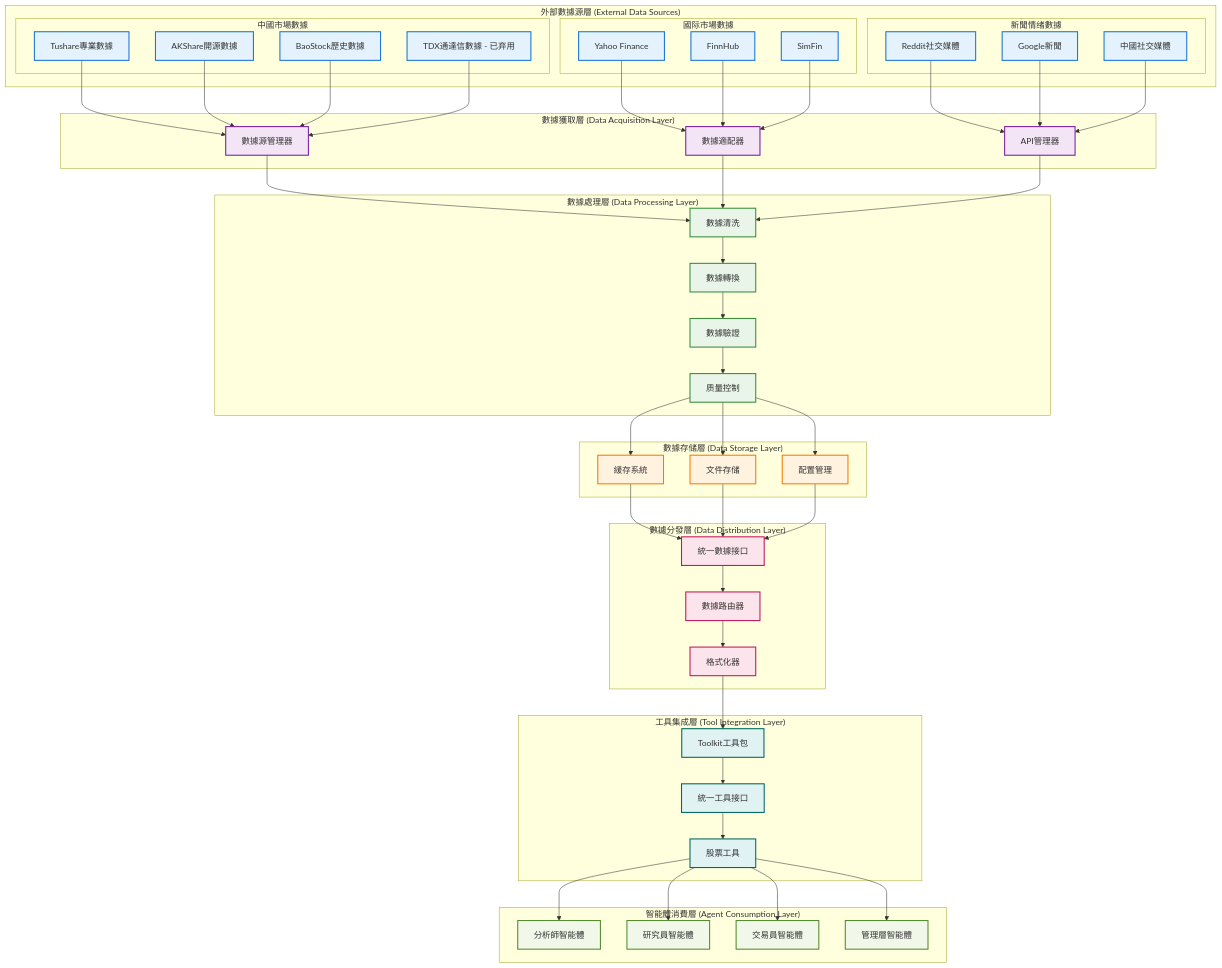
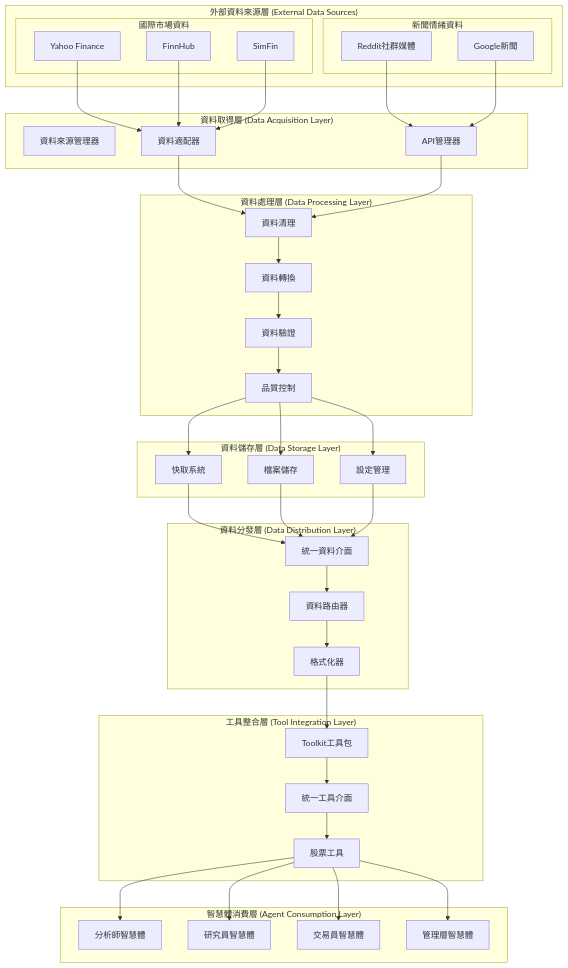
Before and after one commit to aiinpocket/TradingAgents-CN: the first of 2 diagrams in docs/architecture/v0.1.13/data-flow-architecture.md, drawn with Mermaid. The commit also changed other lines of this file and 277 other files, not shown here.

````diff
--- a/docs/architecture/v0.1.13/data-flow-architecture.md
+++ b/docs/architecture/v0.1.13/data-flow-architecture.md
@@ -11,118 +11,87 @@
 ```mermaid
 graph TB
-    subgraph "外部數據源層 (External Data Sources)"
-        subgraph "中國市場數據"
-            TUSHARE[Tushare專業數據]
-            AKSHARE[AKShare開源數據]
-            BAOSTOCK[BaoStock歷史數據]
-            TDX[TDX通達信數據 - 已弃用]
-        end
-        
-        subgraph "國际市場數據"
+    subgraph "外部資料來源層 (External Data Sources)"
+        subgraph "國際市場資料"
             YFINANCE[Yahoo Finance]
             FINNHUB[FinnHub]
             SIMFIN[SimFin]
         end
-        
-        subgraph "新聞情绪數據"
-            REDDIT[Reddit社交媒體]
+
+        subgraph "新聞情緒資料"
+            REDDIT[Reddit社群媒體]
             GOOGLENEWS[Google新聞]
-            CHINESE_SOCIAL[中國社交媒體]
         end
     end
-    
-    subgraph "數據獲取層 (Data Acquisition Layer)"
-        DSM[數據源管理器]
-        ADAPTERS[數據適配器]
+
+    subgraph "資料取得層 (Data Acquisition Layer)"
+        DSM[資料來源管理器]
+        ADAPTERS[資料適配器]
         API_MGR[API管理器]
     end
-    
-    subgraph "數據處理層 (Data Processing Layer)"
-        CLEANER[數據清洗]
-        TRANSFORMER[數據轉換]
-        VALIDATOR[數據驗證]
-        QUALITY[质量控制]
+
+    subgraph "資料處理層 (Data Processing Layer)"
+        CLEANER[資料清理]
+        TRANSFORMER[資料轉換]
+        VALIDATOR[資料驗證]
+        QUALITY[品質控制]
     end
-    
-    subgraph "數據存储層 (Data Storage Layer)"
-        CACHE[緩存系統]
-        FILES[文件存储]
-        CONFIG[配置管理]
+
+    subgraph "資料儲存層 (Data Storage Layer)"
+        CACHE[快取系統]
+        FILES[檔案儲存]
+        CONFIG[設定管理]
     end
-    
-    subgraph "數據分發層 (Data Distribution Layer)"
-        INTERFACE[統一數據接口]
-        ROUTER[數據路由器]
+
+    subgraph "資料分發層 (Data Distribution Layer)"
+        INTERFACE[統一資料介面]
+        ROUTER[資料路由器]
         FORMATTER[格式化器]
     end
-    
-    subgraph "工具集成層 (Tool Integration Layer)"
+
+    subgraph "工具整合層 (Tool Integration Layer)"
         TOOLKIT[Toolkit工具包]
-        UNIFIED_TOOLS[統一工具接口]
+        UNIFIED_TOOLS[統一工具介面]
         STOCK_UTILS[股票工具]
     end
-    
-    subgraph "智能體消費層 (Agent Consumption Layer)"
-        ANALYSTS[分析師智能體]
-        RESEARCHERS[研究員智能體]
-        TRADER[交易員智能體]
-        MANAGERS[管理層智能體]
+
+    subgraph "智慧體消費層 (Agent Consumption Layer)"
+        ANALYSTS[分析師智慧體]
+        RESEARCHERS[研究員智慧體]
+        TRADER[交易員智慧體]
+        MANAGERS[管理層智慧體]
     end
-    
-    %% 數據流向
-    TUSHARE --> DSM
-    AKSHARE --> DSM
-    BAOSTOCK --> DSM
-    TDX --> DSM
+
+    %% 資料流向
     YFINANCE --> ADAPTERS
     FINNHUB --> ADAPTERS
     SIMFIN --> ADAPTERS
     REDDIT --> API_MGR
     GOOGLENEWS --> API_MGR
-    CHINESE_SOCIAL --> API_MGR
-    
-    DSM --> CLEANER
+
     ADAPTERS --> CLEANER
     API_MGR --> CLEANER
-    
+
     CLEANER --> TRANSFORMER
     TRANSFORMER --> VALIDATOR
     VALIDATOR --> QUALITY
-    
+
     QUALITY --> CACHE
     QUALITY --> FILES
     QUALITY --> CONFIG
-    
+
     CACHE --> INTERFACE
     FILES --> INTERFACE
     CONFIG --> INTERFACE
-    
+
     INTERFACE --> ROUTER
     ROUTER --> FORMATTER
-    
+
     FORMATTER --> TOOLKIT
     TOOLKIT --> UNIFIED_TOOLS
     UNIFIED_TOOLS --> STOCK_UTILS
-    
+
     STOCK_UTILS --> ANALYSTS
     STOCK_UTILS --> RESEARCHERS
     STOCK_UTILS --> TRADER
     STOCK_UTILS --> MANAGERS
-    
-    %% 樣式定義
-    classDef sourceLayer fill:#e3f2fd,stroke:#1976d2,stroke-width:2px
-    classDef acquisitionLayer fill:#f3e5f5,stroke:#7b1fa2,stroke-width:2px
-    classDef processingLayer fill:#e8f5e8,stroke:#388e3c,stroke-width:2px
-    classDef storageLayer fill:#fff3e0,stroke:#f57c00,stroke-width:2px
-    classDef distributionLayer fill:#fce4ec,stroke:#c2185b,stroke-width:2px
-    classDef toolLayer fill:#e0f2f1,stroke:#00695c,stroke-width:2px
-    classDef agentLayer fill:#f1f8e9,stroke:#558b2f,stroke-width:2px
-    
-    class TUSHARE,AKSHARE,BAOSTOCK,TDX,YFINANCE,FINNHUB,SIMFIN,REDDIT,GOOGLENEWS,CHINESE_SOCIAL sourceLayer
-    class DSM,ADAPTERS,API_MGR acquisitionLayer
-    class CLEANER,TRANSFORMER,VALIDATOR,QUALITY processingLayer
-    class CACHE,FILES,CONFIG storageLayer
-    class INTERFACE,ROUTER,FORMATTER distributionLayer
-    class TOOLKIT,UNIFIED_TOOLS,STOCK_UTILS toolLayer
-    class ANALYSTS,RESEARCHERS,TRADER,MANAGERS agentLayer
 ```
````
